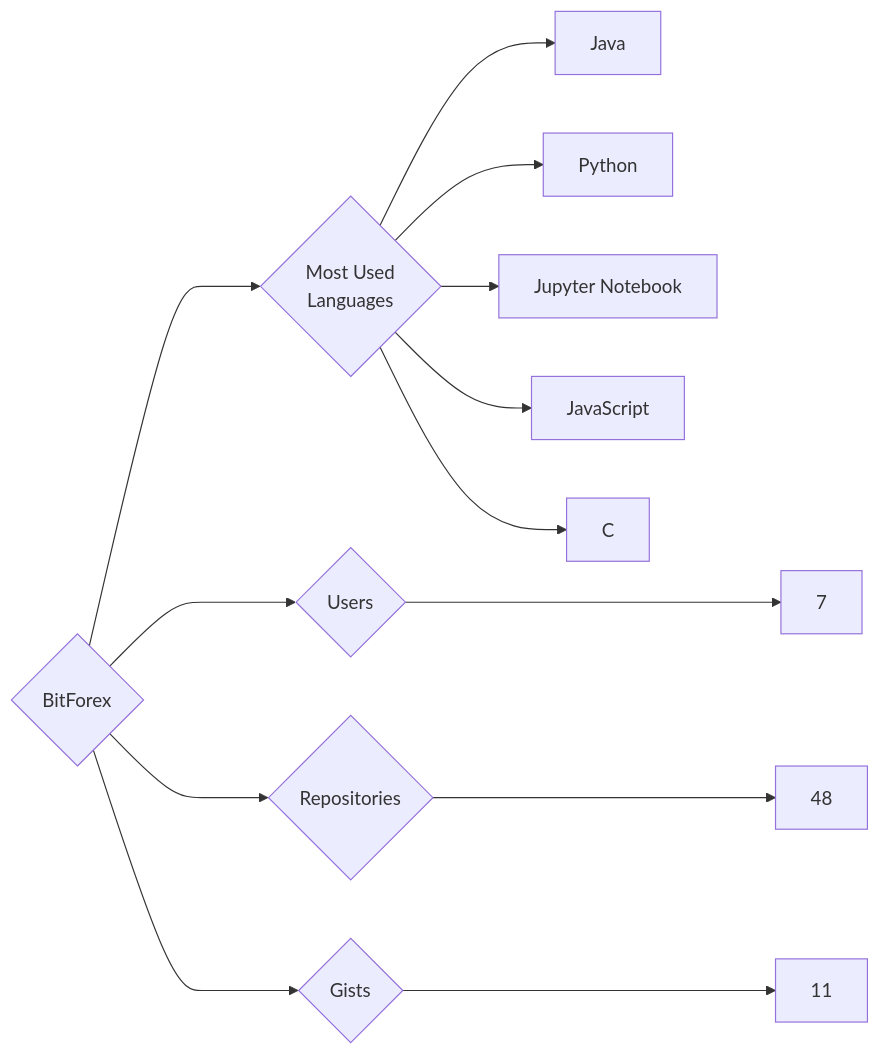
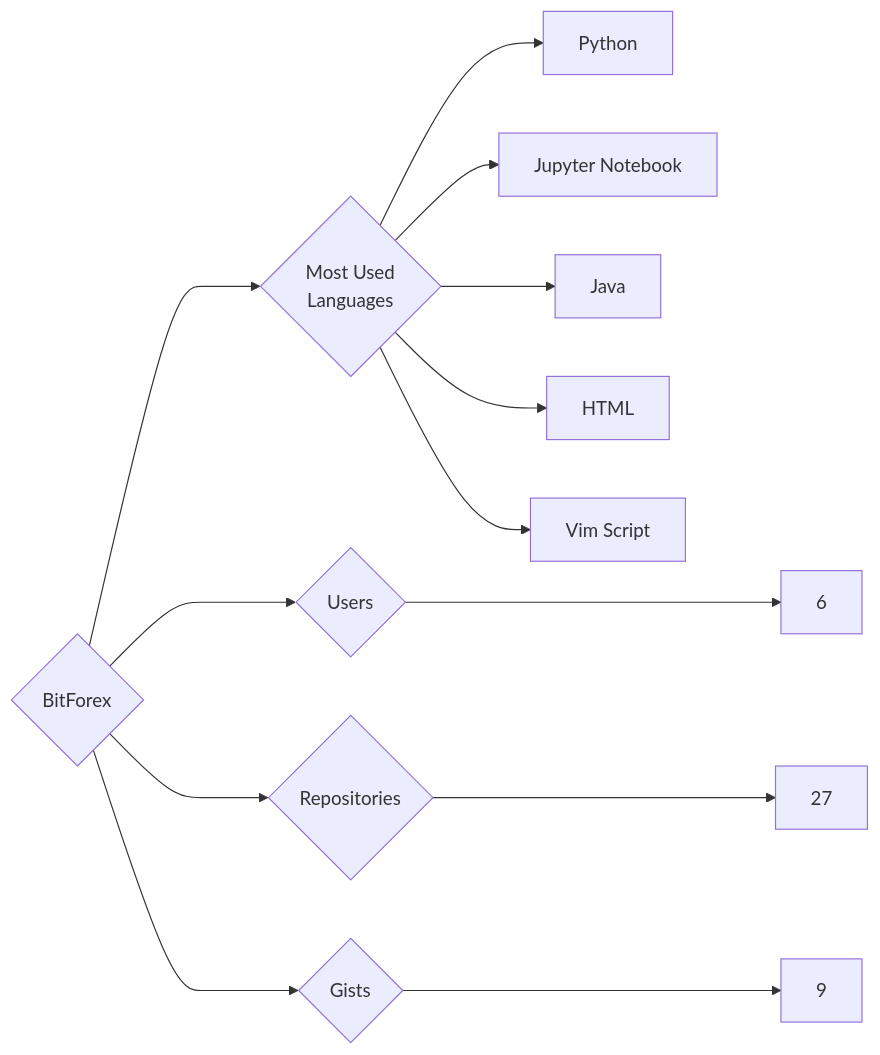
Before and after one commit to trickest/insiders: the diagram in targets/BitForex/README.md, drawn with Mermaid. The commit also changed 880 other files, not shown here.

````diff
--- a/targets/BitForex/README.md
+++ b/targets/BitForex/README.md
@@ -3,13 +3,13 @@
 ```mermaid
 graph LR
 COMPANY_NAME{BitForex}
-COMPANY_NAME ---> U{Users} ---> UN[7]
-COMPANY_NAME ---> R{Repositories} ---> RN[48]
-COMPANY_NAME ---> G{Gists} ---> GN[11]
+COMPANY_NAME ---> U{Users} ---> UN[6]
+COMPANY_NAME ---> R{Repositories} ---> RN[27]
+COMPANY_NAME ---> G{Gists} ---> GN[9]
 COMPANY_NAME ---> ML{Most Used<br>Languages}
-ML --> Java[Java]
 ML --> Python[Python]
 ML --> Jupyter_Notebook[Jupyter Notebook]
-ML --> JavaScript[JavaScript]
-ML --> C[C]
+ML --> Java[Java]
+ML --> HTML[HTML]
+ML --> Vim_Script[Vim Script]
 ```
````
